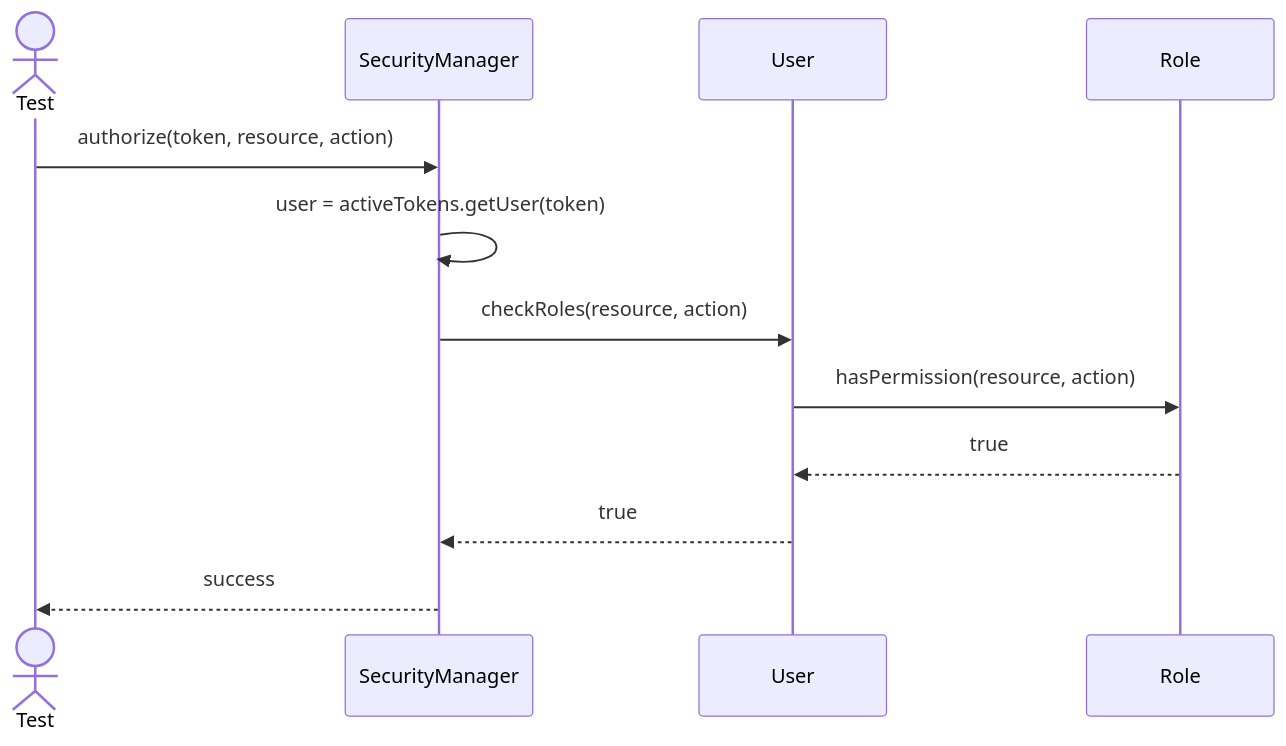
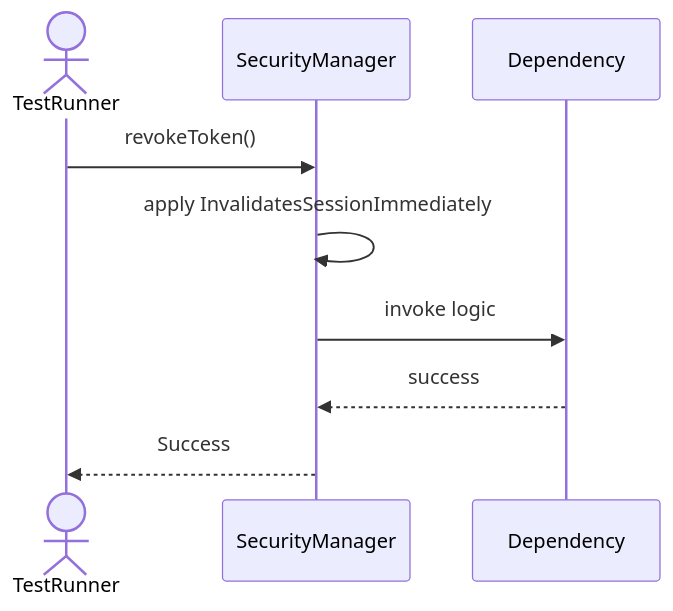
The fifth of 8 diagrams in Sequences/SecurityAccessControl/SecurityManager.md (TamBui1706/DBMS), drawn with Mermaid before and after one commit. The commit also changed other lines of this file and 63 other files, not shown here.

Commit message:
Draw sequence diagram for unit tests

````diff
--- a/Sequences/SecurityAccessControl/SecurityManager.md
+++ b/Sequences/SecurityAccessControl/SecurityManager.md
@@ -47,15 +68,10 @@
 ```mermaid
 sequenceDiagram
-    actor Test
+    actor TestRunner
     participant SecurityManager
-    participant User
-    participant Role
-
-    Test->>SecurityManager: authorize(token, resource, action)
-    SecurityManager->>SecurityManager: user = activeTokens.getUser(token)
-    SecurityManager->>User: checkRoles(resource, action)
-    User->>Role: hasPermission(resource, action)
-    Role-->>User: true
-    User-->>SecurityManager: true
-    SecurityManager-->>Test: success
+    TestRunner->>SecurityManager: revokeToken()
+    SecurityManager->>SecurityManager: apply InvalidatesSessionImmediately
+    SecurityManager->>Dependency: invoke logic
+    Dependency-->>SecurityManager: success
+    SecurityManager-->>TestRunner: Success
 ```
````
